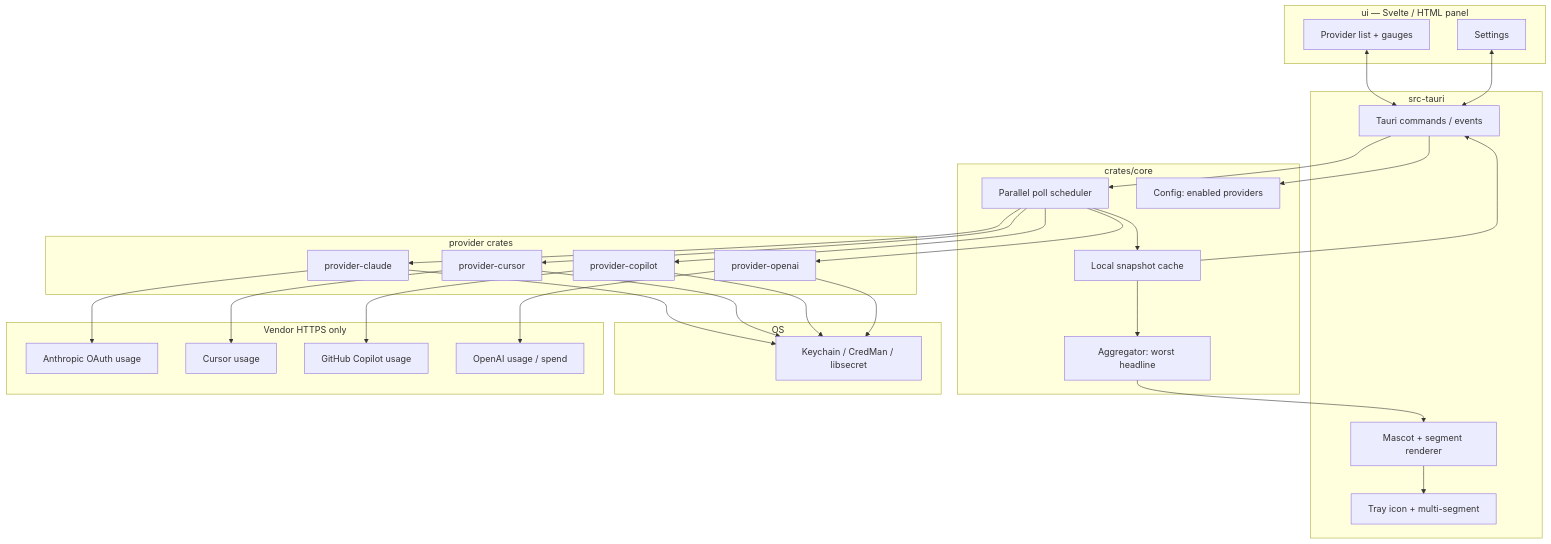
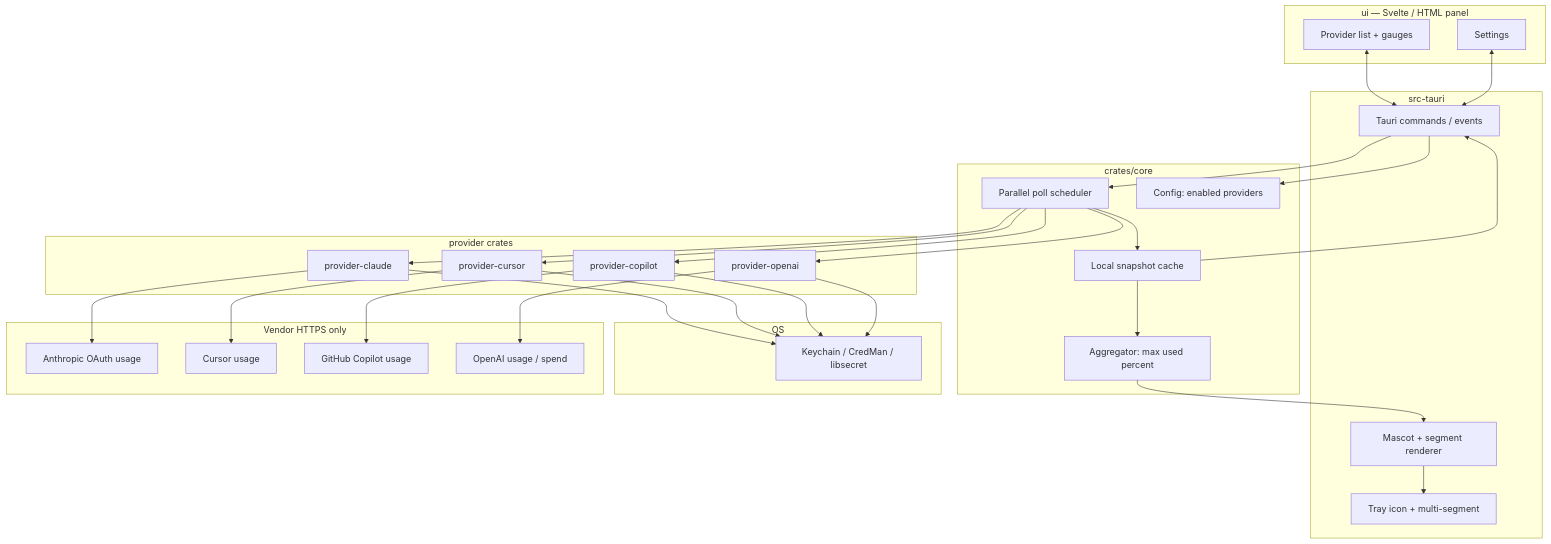
Before and after one commit to lovinmaxwell/claude-tracker: the diagram in docs/superpowers/specs/2026-09-02-quota-tray-design.md, drawn with Mermaid. The commit also changed other lines of this file, not shown here.

````diff
--- a/docs/superpowers/specs/2026-09-02-quota-tray-design.md
+++ b/docs/superpowers/specs/2026-09-02-quota-tray-design.md
@@ -177,54 +181,54 @@
 ```mermaid
 flowchart TB
   subgraph ui [ui — Svelte / HTML panel]
     Panel[Provider list + gauges]
     Settings[Settings]
   end
 
   subgraph tauri [src-tauri]
     Tray[Tray icon + multi-segment]
     IPC[Tauri commands / events]
     IconPaint[Mascot + segment renderer]
   end
 
   subgraph corecrate [crates/core]
     Poller[Parallel poll scheduler]
-    Agg[Aggregator: worst headline]
+    Agg[Aggregator: max used percent]
     Store[Local snapshot cache]
     Cfg[Config: enabled providers]
   end
 
   subgraph providers [provider crates]
     Claude[provider-claude]
     Cursor[provider-cursor]
     Copilot[provider-copilot]
     OpenAI[provider-openai]
   end
 
   subgraph os [OS]
     Secrets[Keychain / CredMan / libsecret]
   end
 
   subgraph vendors [Vendor HTTPS only]
     Anthropic[Anthropic OAuth usage]
     CursorAPI[Cursor usage]
     GH[GitHub Copilot usage]
     OAI[OpenAI usage / spend]
   end
 
   Panel <--> IPC
   Settings <--> IPC
   IPC --> Poller
   IPC --> Cfg
   Poller --> Claude & Cursor & Copilot & OpenAI
   Claude & Cursor & Copilot & OpenAI --> Secrets
   Claude --> Anthropic
   Cursor --> CursorAPI
   Copilot --> GH
   OpenAI --> OAI
   Poller --> Store
   Store --> Agg
   Agg --> IconPaint
   IconPaint --> Tray
   Store --> IPC
 ```
````
